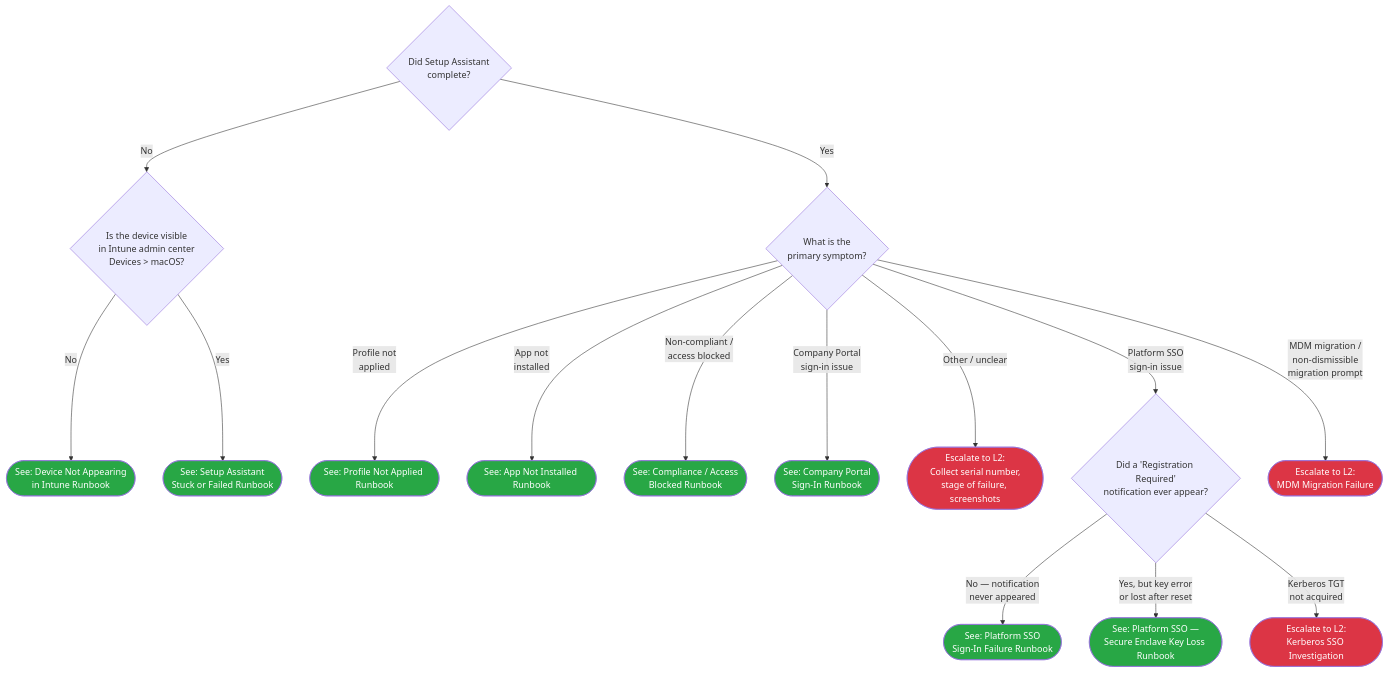
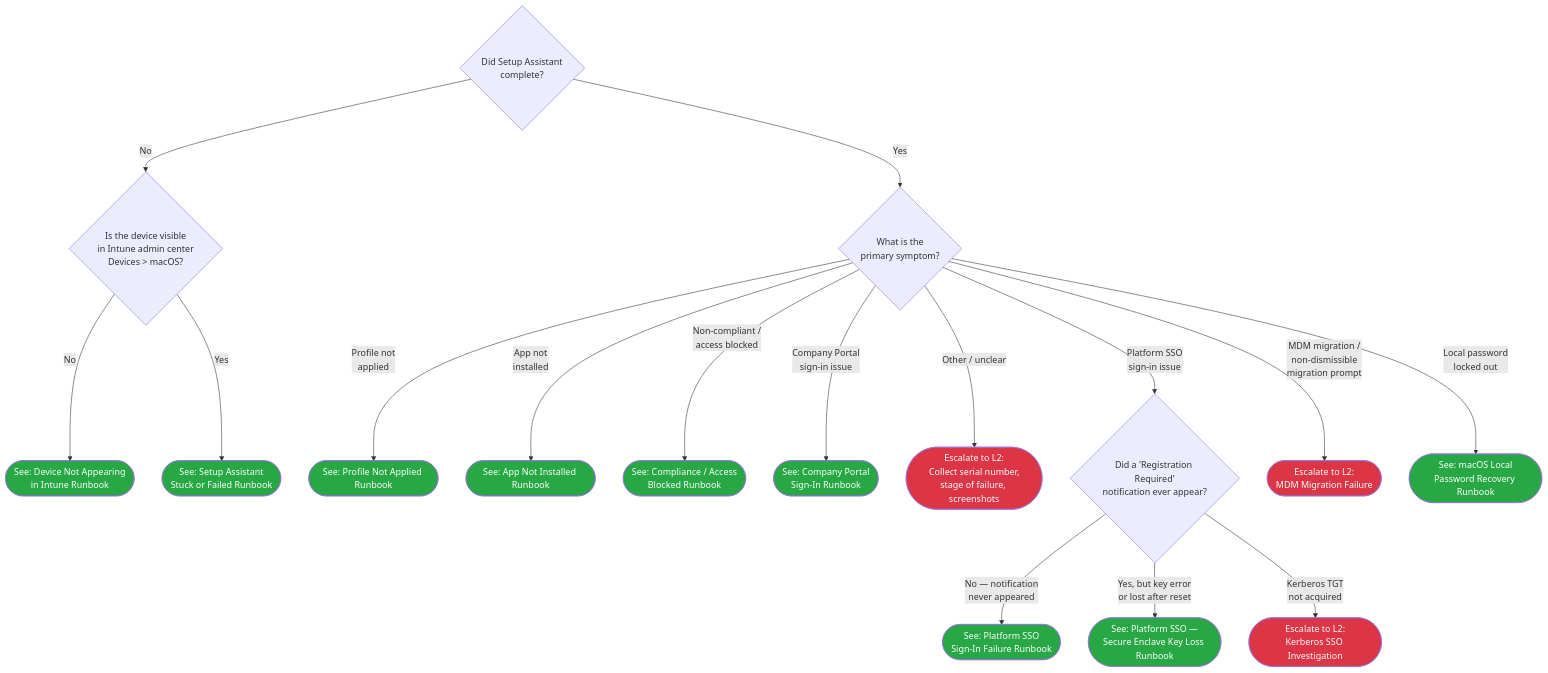
One commit to Schweinehund/Autopilot changed the diagram in docs/decision-trees/06-macos-triage.md. Above: the diagram before and after it, drawn with Mermaid. The commit also changed other lines of this file and 1 other file, not shown here.

First line of the commit message:
docs(99-02): wire runbook #37 into structured hubs (common-issues H3, triage MACR9 leaf)

````diff
--- a/docs/decision-trees/06-macos-triage.md
+++ b/docs/decision-trees/06-macos-triage.md
@@ -29,37 +29,39 @@
 ```mermaid
 graph TD
     MAC1{"Did Setup Assistant<br/>complete?"}
     MAC1 -->|No| MAC2{"Is the device visible<br/>in Intune admin center<br/>Devices &gt; macOS?"}
     MAC1 -->|Yes| MAC3{"What is the<br/>primary symptom?"}
 
     MAC2 -->|No| MACR1(["See: Device Not Appearing<br/>in Intune Runbook"])
     MAC2 -->|Yes| MACR2(["See: Setup Assistant<br/>Stuck or Failed Runbook"])
 
     MAC3 -->|"Profile not<br/>applied"| MACR3(["See: Profile Not Applied Runbook"])
     MAC3 -->|"App not<br/>installed"| MACR4(["See: App Not Installed Runbook"])
     MAC3 -->|"Non-compliant /<br/>access blocked"| MACR5(["See: Compliance / Access<br/>Blocked Runbook"])
     MAC3 -->|"Company Portal<br/>sign-in issue"| MACR6(["See: Company Portal<br/>Sign-In Runbook"])
     MAC3 -->|"Other / unclear"| MACE1(["Escalate to L2:<br/>Collect serial number,<br/>stage of failure, screenshots"])
     MAC3 -->|"Platform SSO<br/>sign-in issue"| MACSSO{"Did a 'Registration Required'<br/>notification ever appear?"}
     MACSSO -->|"No — notification<br/>never appeared"| MACR7(["See: Platform SSO<br/>Sign-In Failure Runbook"])
     MACSSO -->|"Yes, but key error<br/>or lost after reset"| MACR8(["See: Platform SSO —<br/>Secure Enclave Key Loss Runbook"])
     MACSSO -->|"Kerberos TGT<br/>not acquired"| MACE2(["Escalate to L2:<br/>Kerberos SSO Investigation"])
     MAC3 -->|"MDM migration /<br/>non-dismissible<br/>migration prompt"| MACE3(["Escalate to L2:<br/>MDM Migration Failure"])
+    MAC3 -->|"Local password<br/>locked out"| MACR9(["See: macOS Local<br/>Password Recovery Runbook"])
 
     click MACR1 "../l1-runbooks/10-macos-device-not-appearing.md"
     click MACR2 "../l1-runbooks/11-macos-setup-assistant-failed.md"
     click MACR3 "../l1-runbooks/12-macos-profile-not-applied.md"
     click MACR4 "../l1-runbooks/13-macos-app-not-installed.md"
     click MACR5 "../l1-runbooks/14-macos-compliance-access-blocked.md"
     click MACR6 "../l1-runbooks/15-macos-company-portal-sign-in.md"
     click MACR7 "../l1-runbooks/35-macos-sso-sign-in-failure.md"
     click MACR8 "../l1-runbooks/36-macos-secure-enclave-key.md"
     click MACE2 "../l2-runbooks/28-macos-kerberos-sso-investigation.md"
     click MACE3 "../l2-runbooks/30-macos-mdm-migration-failure.md"
+    click MACR9 "../l1-runbooks/37-macos-local-password-reset.md"
 
     classDef resolved fill:#28a745,color:#fff
     classDef escalateL2 fill:#dc3545,color:#fff
-    class MACR1,MACR2,MACR3,MACR4,MACR5,MACR6 resolved
+    class MACR1,MACR2,MACR3,MACR4,MACR5,MACR6,MACR9 resolved
     class MACR7,MACR8 resolved
     class MACE1,MACE2,MACE3 escalateL2
 ```
````
